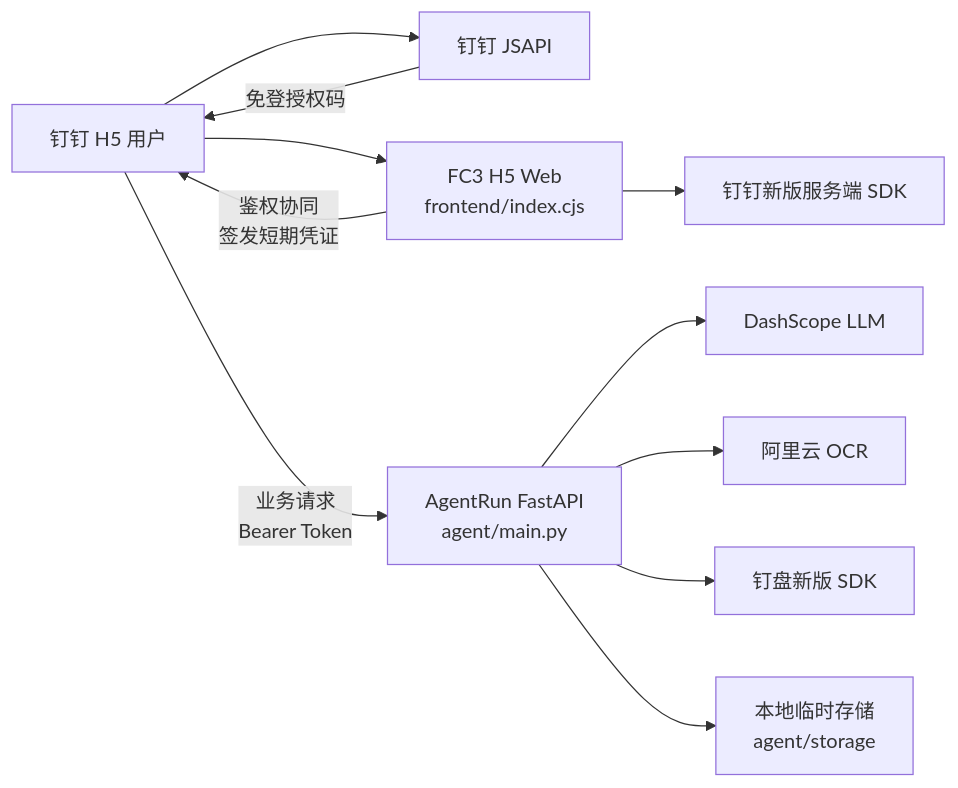
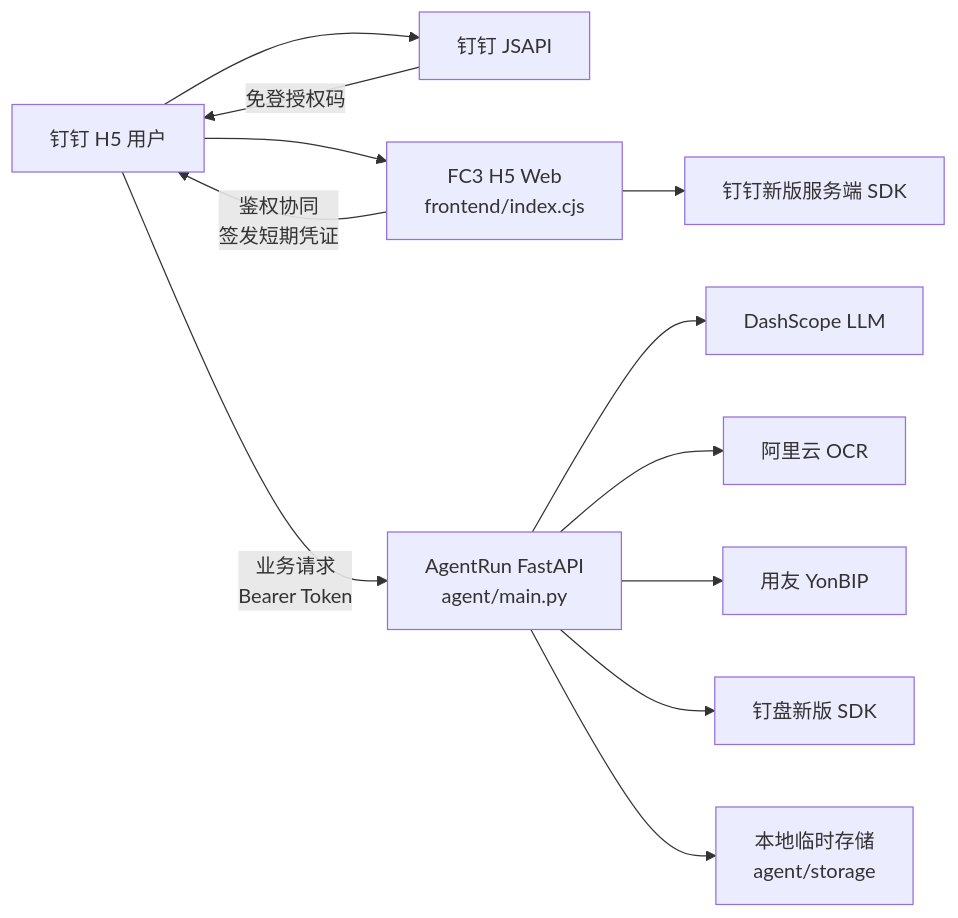
The first of 4 diagrams in SPEC/ARCHITECTURE.md (yuqingyang3019-cyber/hetong), drawn with Mermaid before and after one commit. The commit also changed other lines of this file and 10 other files, not shown here.

First line of the commit message:
feat: sync YonBIP supplier cache

````diff
--- a/SPEC/ARCHITECTURE.md
+++ b/SPEC/ARCHITECTURE.md
@@ -36,13 +36,14 @@
 ```mermaid
 flowchart LR
   user["钉钉 H5 用户"] --> jsapi["钉钉 JSAPI"]
   user --> h5["FC3 H5 Web\nfrontend/index.cjs"]
   h5 -->|"鉴权协同\n签发短期凭证"| user
   h5 --> dingtalk["钉钉新版服务端 SDK"]
   user -->|"业务请求\nBearer Token"| agent["AgentRun FastAPI\nagent/main.py"]
   jsapi -->|"免登授权码"| user
   agent --> dashscope["DashScope LLM"]
   agent --> aliyunOcr["阿里云 OCR"]
+  agent --> yonbip["用友 YonBIP"]
   agent --> dingdrive["钉盘新版 SDK"]
   agent --> localStorage["本地临时存储\nagent/storage"]
 ```
````
